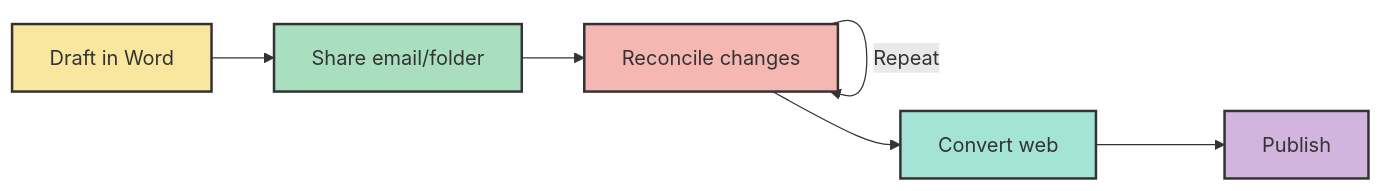
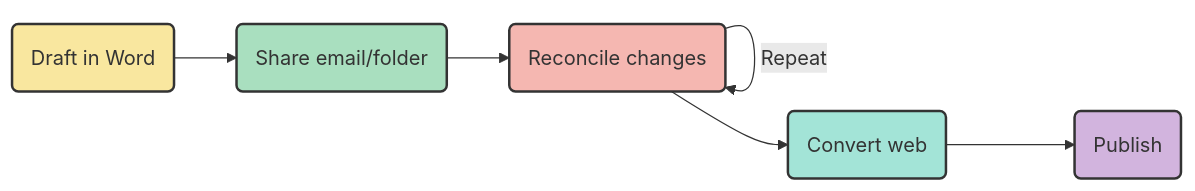
One commit to buckeye43210/markdown-to-snowkb changed the second of 11 diagrams in README.md. Above: the diagram before and after it, drawn with Mermaid. The commit also changed other lines of this file and 1 other file, not shown here.

````diff
--- a/README.md
+++ b/README.md
@@ -136,20 +137,21 @@
 ```mermaid
 graph LR
-    A[Draft in Word] --> B[Share email/folder]
-    B --> C[Reconcile changes]
+    A(Draft in Word)
+    A --> B(Share email/folder)
+    B --> C(Reconcile changes)
     C -->|Repeat| C
-    C --> D[Convert web]
-    D --> E[Publish]
+    C --> D(Convert web)
+    D --> E(Publish)
 
     classDef draft fill:#f9e79f,stroke:#333,stroke-width:2px;
     classDef share fill:#a9dfbf,stroke:#333,stroke-width:2px;
     classDef reconcile fill:#f5b7b1,stroke:#333,stroke-width:2px;
     classDef convert fill:#a3e4d7,stroke:#333,stroke-width:2px;
     classDef publish fill:#d2b4de,stroke:#333,stroke-width:2px;
 
     class A draft;
     class B share;
     class C reconcile;
     class D convert;
     class E publish;
 ```
````
